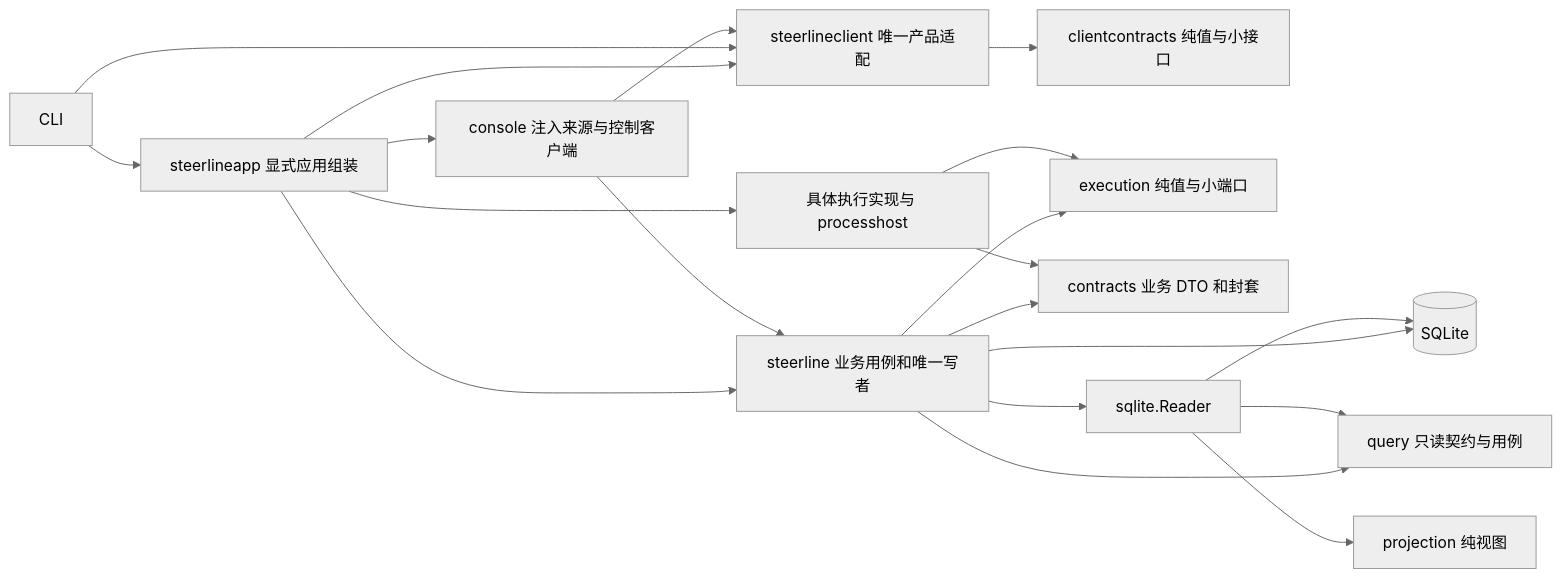
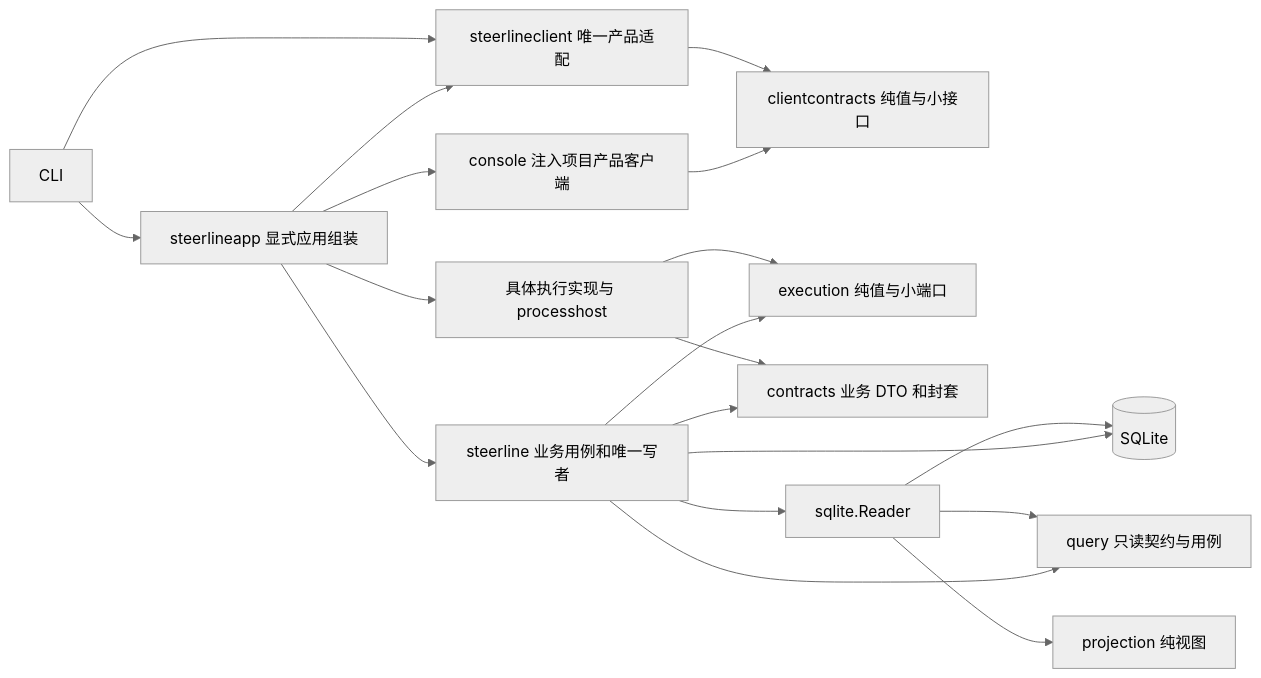
One commit to erranliu/SteerLine changed the first of 2 diagrams in docs/architecture/current-code-architecture.md. Above: the diagram before and after it, drawn with Mermaid (neutral theme). The commit also changed other lines of this file and 48 other files, not shown here.

Commit message:
Decouple TUI from center through injected product client (#72)

````diff
--- a/docs/architecture/current-code-architecture.md
+++ b/docs/architecture/current-code-architecture.md
@@ -9,22 +9,21 @@
 ```mermaid
 flowchart LR
     Entry[CLI] --> App[steerlineapp 显式应用组装]
-    App --> UI[console 注入来源与控制客户端]
+    App --> UI[console 注入项目产品客户端]
     App --> Client[steerlineclient 唯一产品适配]
     Entry --> Client
-    UI --> Client
+    UI --> Product
     Client --> Product[clientcontracts 纯值与小接口]
     App --> Core[steerline 业务用例和唯一写者]
     App --> Impl[具体执行实现与 processhost]
     Core --> Ports[execution 纯值与小端口]
     Core --> Records[contracts 业务 DTO 和封套]
     Impl --> Ports
     Impl --> Records
     Core --> DB[(SQLite)]
-    UI --> Core
     Core --> Query[query 只读契约与用例]
     Core --> Reader[sqlite.Reader]
     Reader --> Query
     Reader --> DB
     Reader --> Projection[projection 纯视图]
 ```
````
